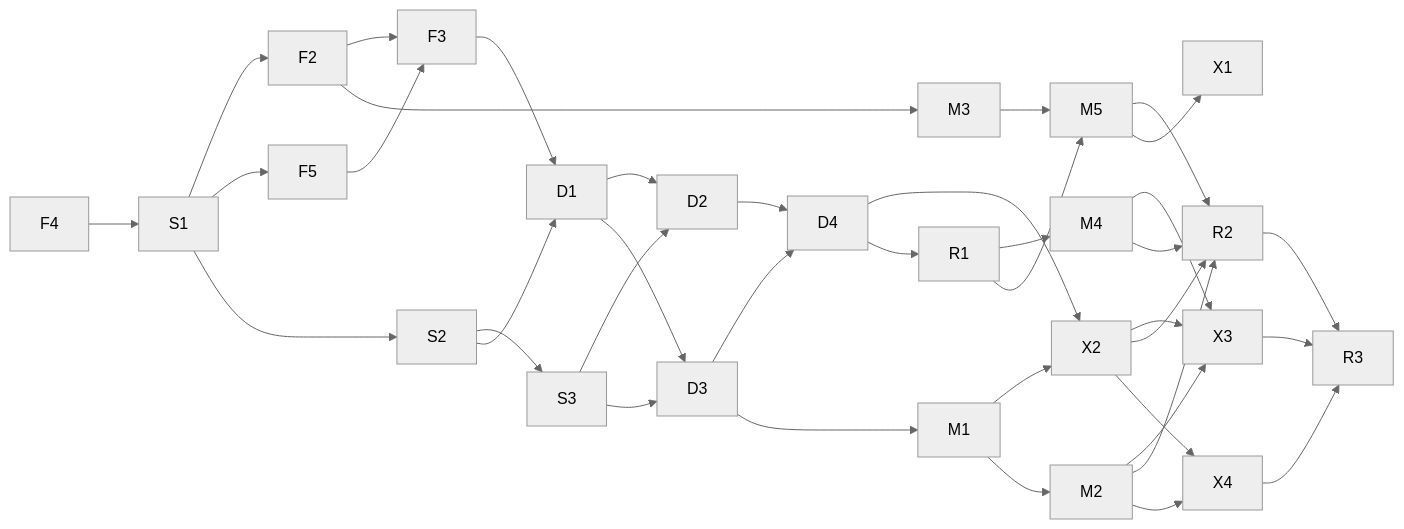
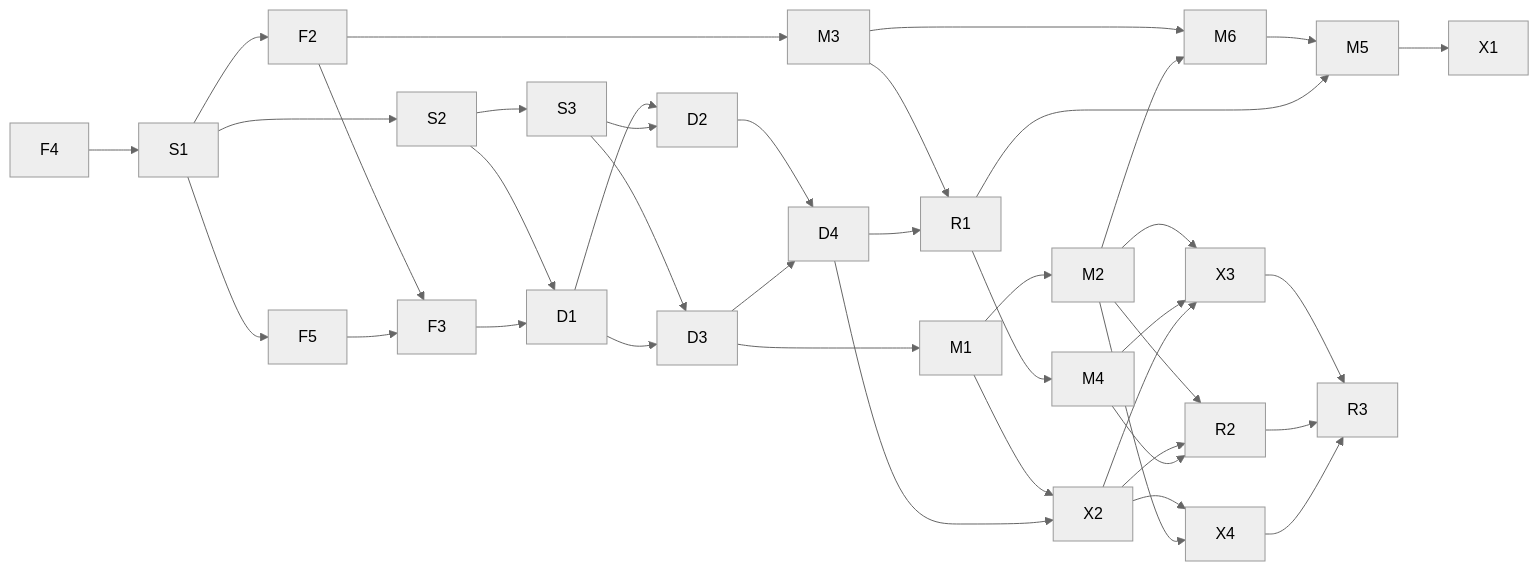
Before and after one commit to ppat/mediated-mailbox-mcp: the second of 2 diagrams in ROADMAP.md, drawn with Mermaid (neutral theme). The commit also changed other lines of this file and 3 other files, not shown here.

````diff
--- a/ROADMAP.md
+++ b/ROADMAP.md
@@ -1109,40 +1143,42 @@
 ```mermaid
 flowchart LR
     F4 --> S1
     S1 --> F2
     S1 --> F5
     S1 --> S2
     S2 --> S3
     F2 --> F3
     F5 --> F3
     F2 --> M3
-    M3 --> M5
+    M3 --> M6
+    M2 --> M6
+    M6 --> M5
+    M3 --> R1
     S2 --> D1
     F3 --> D1
     D1 --> D2
     S3 --> D2
     R1 --> M4
     R1 --> M5
     S3 --> D3
     D1 --> D3
     D2 --> D4
     D3 --> D4
     D3 --> M1
     M1 --> X2
     D4 --> X2
     M1 --> M2
     M2 --> X3
     M4 --> X3
     X2 --> X3
     D4 --> R1
     M2 --> R2
-    M5 --> R2
     X2 --> R2
     M4 --> R2
     X3 --> R3
     R2 --> R3
     X2 --> X4
     M2 --> X4
     X4 --> R3
     M5 --> X1
 ```
````
